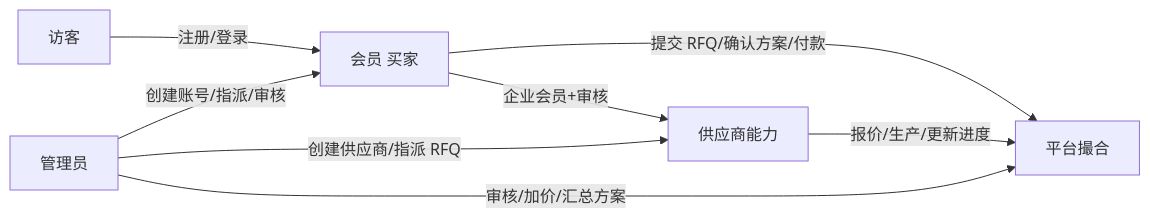
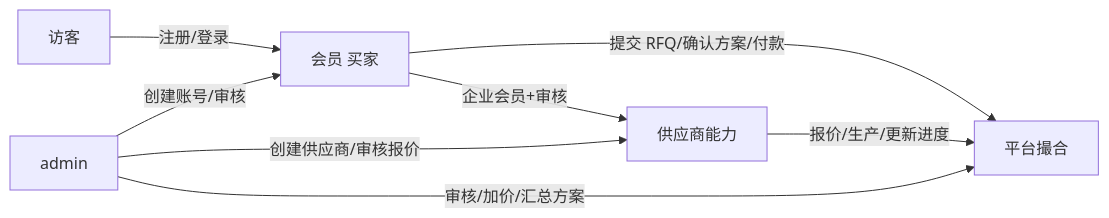
One commit to Rookie1997zhu/mass-connected changed the diagram in MASS CONNECTED 三端角色功能说明.md. Above: the diagram before and after it, drawn with Mermaid. The commit also changed other lines of this file and 76 other files, not shown here.

````diff
--- a/MASS CONNECTED 三端角色功能说明.md
+++ b/MASS CONNECTED 三端角色功能说明.md
@@ -21,10 +21,10 @@
 ```mermaid
 flowchart LR
   guest[访客] -->|注册/登录| member[会员 买家]
   member -->|企业会员+审核| supplier[供应商能力]
-  admin[管理员] -->|创建账号/指派/审核| member
-  admin -->|创建供应商/指派 RFQ| supplier
+  admin -->|创建账号/审核| member
+  admin -->|创建供应商/审核报价| supplier
   member -->|提交 RFQ/确认方案/付款| platform[平台撮合]
   supplier -->|报价/生产/更新进度| platform
   admin -->|审核/加价/汇总方案| platform
 ```
````
